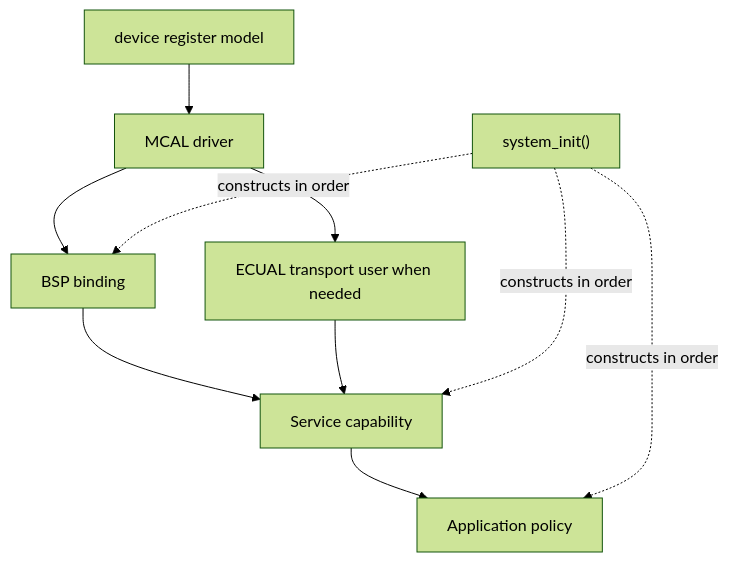
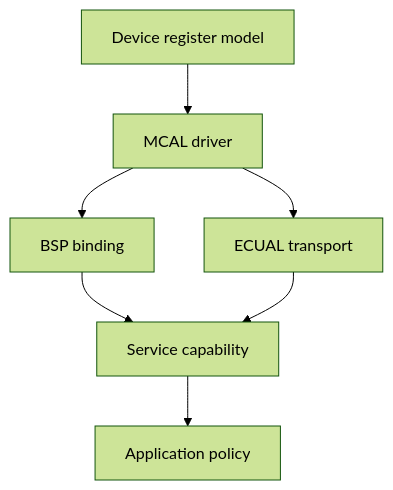
One commit to haikevins/stm32f1-register-level-baremetal changed the diagram in docs/adding_a_module.md. Above: the diagram before and after it, drawn with Mermaid (forest theme). The commit also changed other lines of this file and 4 other files, not shown here.

````diff
--- a/docs/adding_a_module.md
+++ b/docs/adding_a_module.md
@@ -142,12 +142,9 @@
 ```mermaid
-flowchart TD
-    DEV["device register model"] --> MCAL["MCAL driver"]
+flowchart TB
+    DEV["Device register model"] --> MCAL["MCAL driver"]
     MCAL --> BSP["BSP binding"]
-    MCAL --> ECUAL["ECUAL transport user when needed"]
+    MCAL --> ECUAL["ECUAL transport"]
     BSP --> SVC["Service capability"]
     ECUAL --> SVC
     SVC --> APP["Application policy"]
-    SYS["system_init()"] -. constructs in order .-> BSP
-    SYS -. constructs in order .-> SVC
-    SYS -. constructs in order .-> APP
 ```
````
